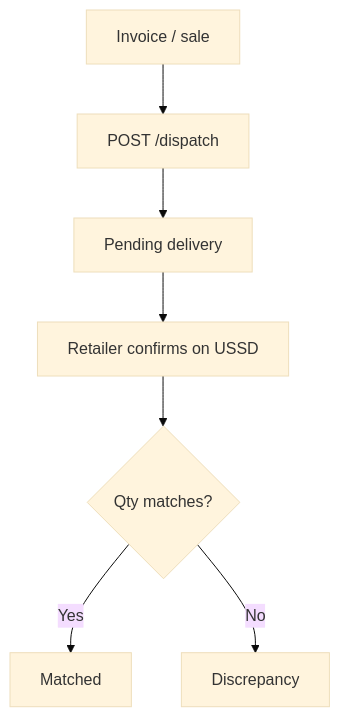
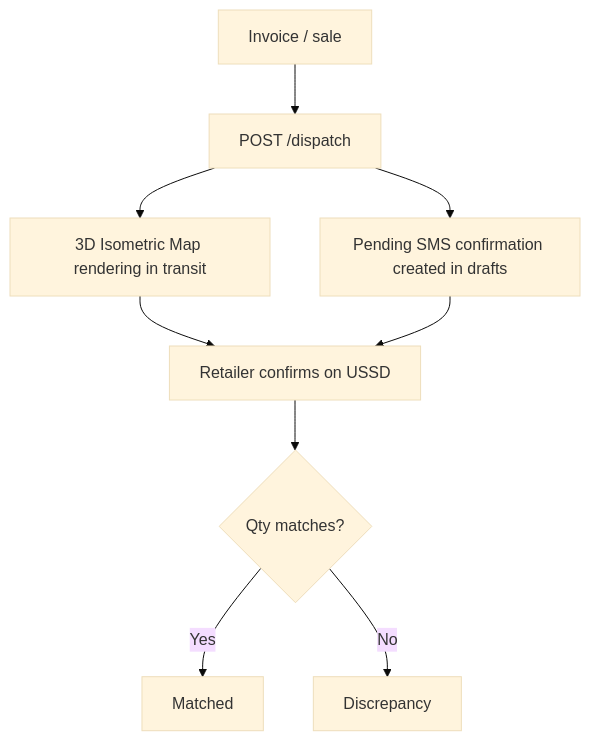
One commit to Nosh-thee-techy/mizani changed the third of 4 diagrams in README.md. Above: the diagram before and after it, drawn with Mermaid (base theme). The commit also changed other lines of this file and 167 other files, not shown here.

````diff
--- a/README.md
+++ b/README.md
@@ -79,9 +100,11 @@
 ```mermaid
 flowchart TD
   I[Invoice / sale] --> D[POST /dispatch]
-  D --> P[Pending delivery]
-  P --> U[Retailer confirms on USSD]
+  D --> DM[3D Isometric Map rendering in transit]
+  D --> DD[Pending SMS confirmation created in drafts]
+  DM --> U[Retailer confirms on USSD]
+  DD --> U
   U --> M{Qty matches?}
   M -->|Yes| OK[Matched]
   M -->|No| DIS[Discrepancy]
 ```
````
